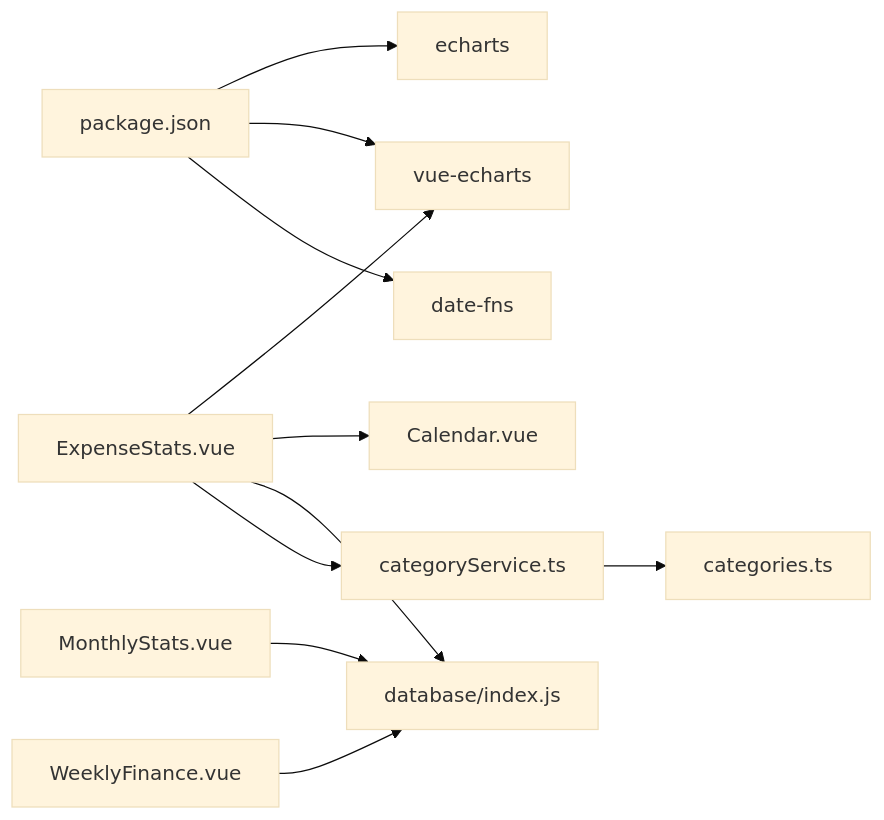
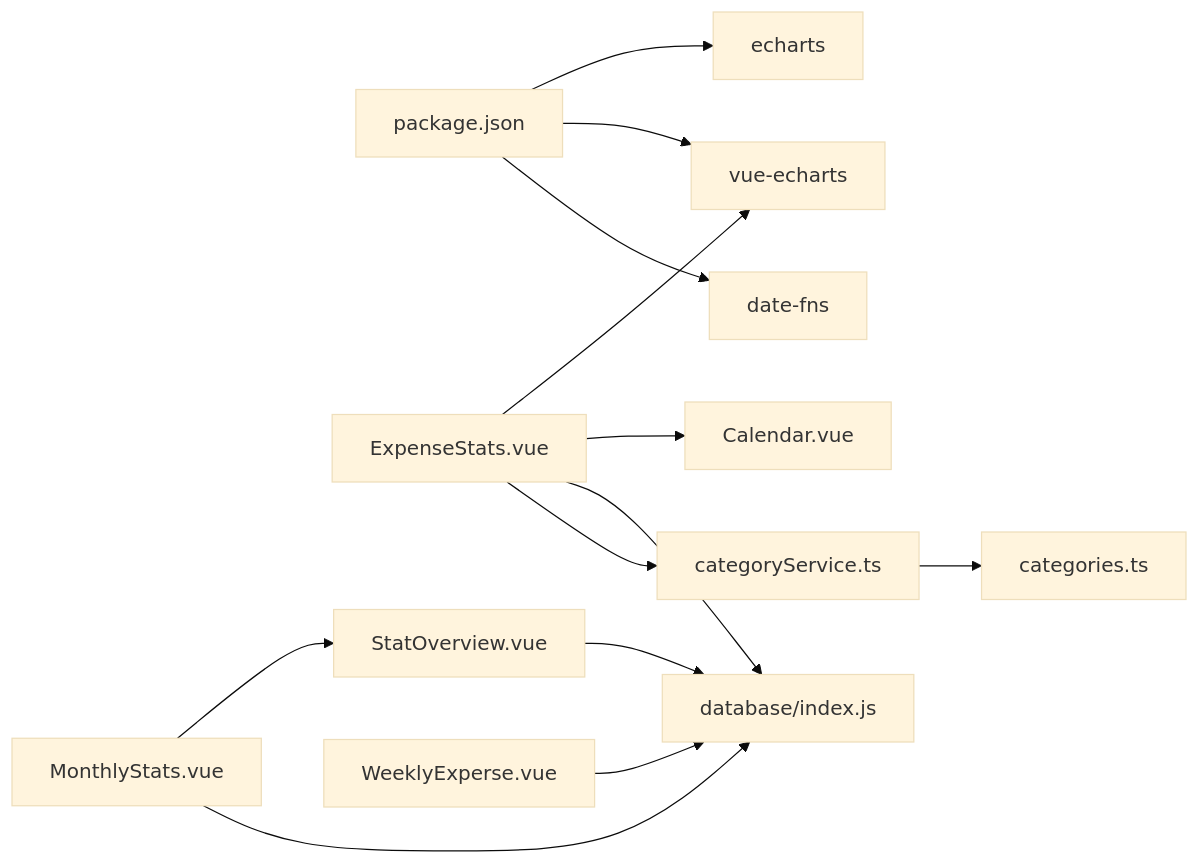
The eighth of 8 diagrams in .qoder/repowiki/zh/content/支出管理/支出统计分析.md (xiao-lin-unit/yuan), drawn with Mermaid (base theme) before and after one commit. The commit also changed other lines of this file and 14 other files, not shown here.

````diff
--- a/.qoder/repowiki/zh/content/支出管理/支出统计分析.md
+++ b/.qoder/repowiki/zh/content/支出管理/支出统计分析.md
@@ -292,13 +347,15 @@
 ```mermaid
 graph LR
 P["package.json"] --> E["echarts"]
 P --> VE["vue-echarts"]
 P --> DF["date-fns"]
 ES["ExpenseStats.vue"] --> VE
 ES --> CAL["Calendar.vue"]
 ES --> DB["database/index.js"]
 ES --> CS["categoryService.ts"]
-MS["MonthlyStats.vue"] --> DB
-WF["WeeklyFinance.vue"] --> DB
+MS["MonthlyStats.vue"] --> SO["StatOverview.vue"]
+MS --> DB
+WE["WeeklyExperse.vue"] --> DB
+SO --> DB
 CS --> CAT["categories.ts"]
 ```
````
